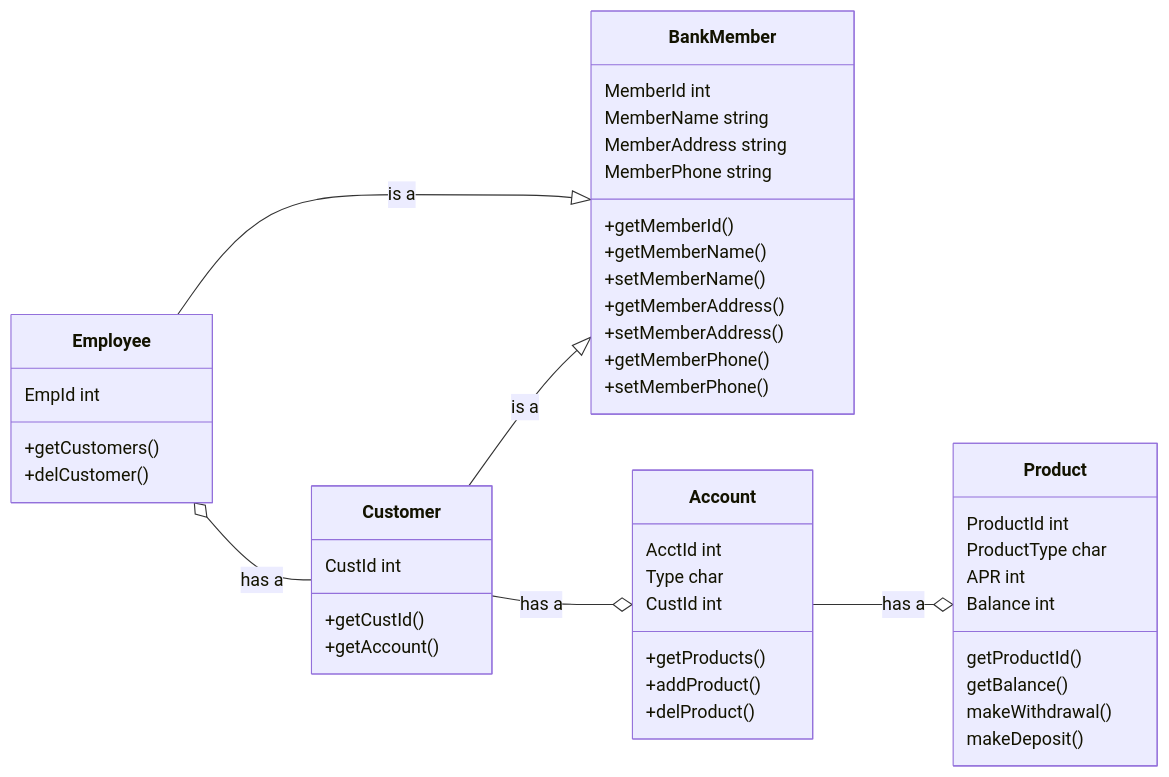
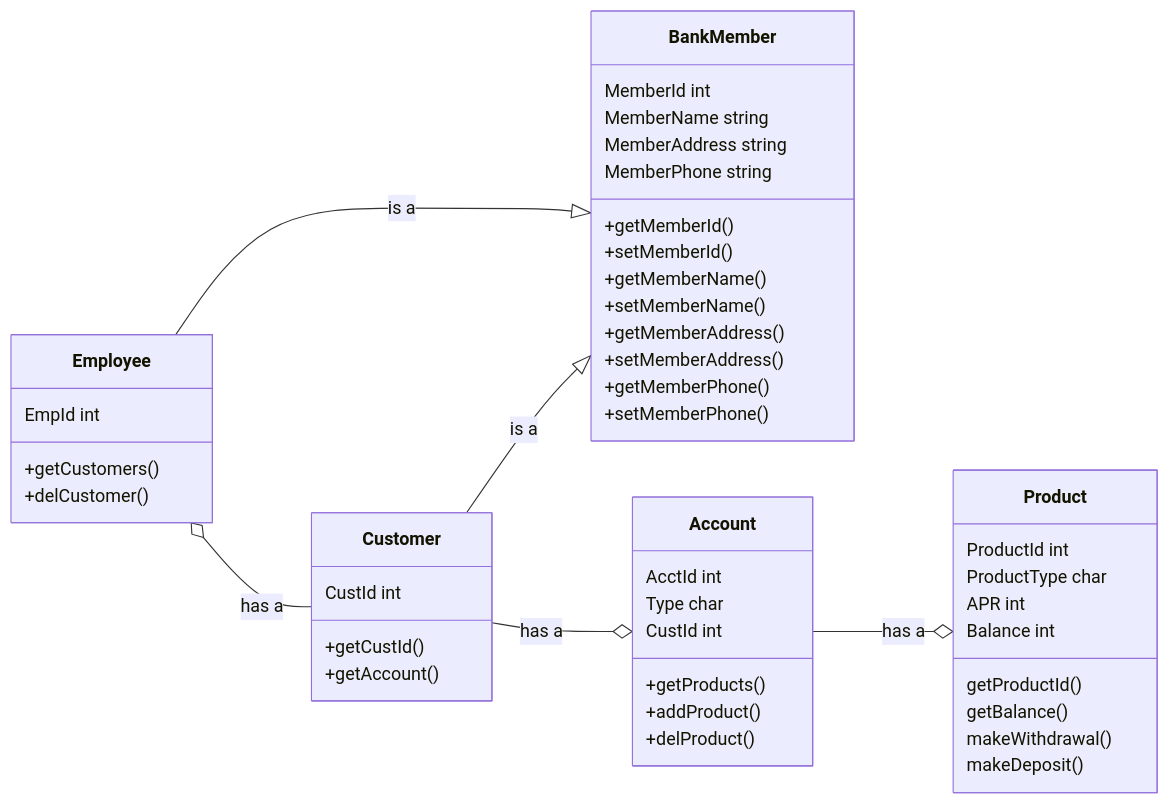
One commit to Marcus-Snell/Test changed the diagram in mermaid.md. Above: the diagram before and after it, drawn with Mermaid.

````diff
--- a/mermaid.md
+++ b/mermaid.md
@@ -1,50 +1,51 @@
 ```mermaid
 classDiagram
 direction LR
 BankMember
 BankMember : MemberId int
 BankMember : MemberName string
 BankMember : MemberAddress string
 BankMember : MemberPhone string
 BankMember : +getMemberId()
+BankMember : +setMemberId()
 BankMember : +getMemberName()
 BankMember : +setMemberName()
 BankMember : +getMemberAddress()
 BankMember : +setMemberAddress()
 BankMember : +getMemberPhone()
 BankMember : +setMemberPhone()
 
 
 Employee --|> BankMember : is a
 Employee o-- Customer : has a
 Employee : EmpId int
 Employee : +getCustomers()
 Employee : +delCustomer()
 
 Customer --|> BankMember : is a
 Customer --o Account : has a
 Customer : CustId int
 Customer : +getCustId()
 Customer : +getAccount()
 
 Account --o Product : has a
 Account : AcctId int
 Account : Type char
 Account : CustId int
 Account : +getProducts()
 Account : +addProduct()
 Account : +delProduct()
 
 
 
 
 Product : ProductId int
 Product : ProductType char
 Product : APR int
 Product : Balance int
 Product : getProductId()
 Product : getBalance()
 Product : makeWithdrawal()
 Product : makeDeposit()
 
 ```
````
